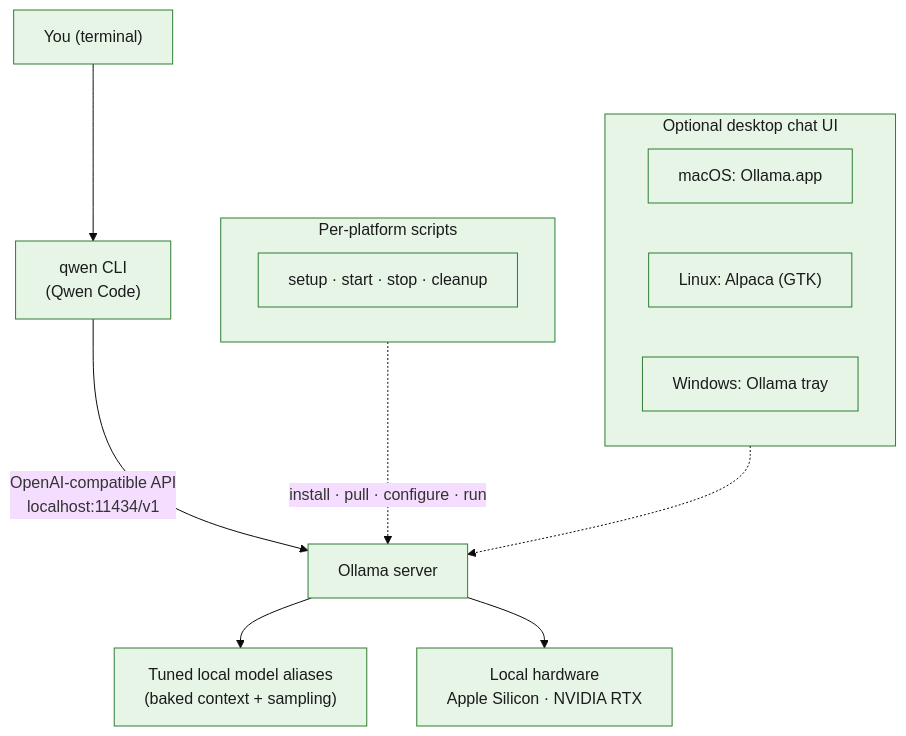
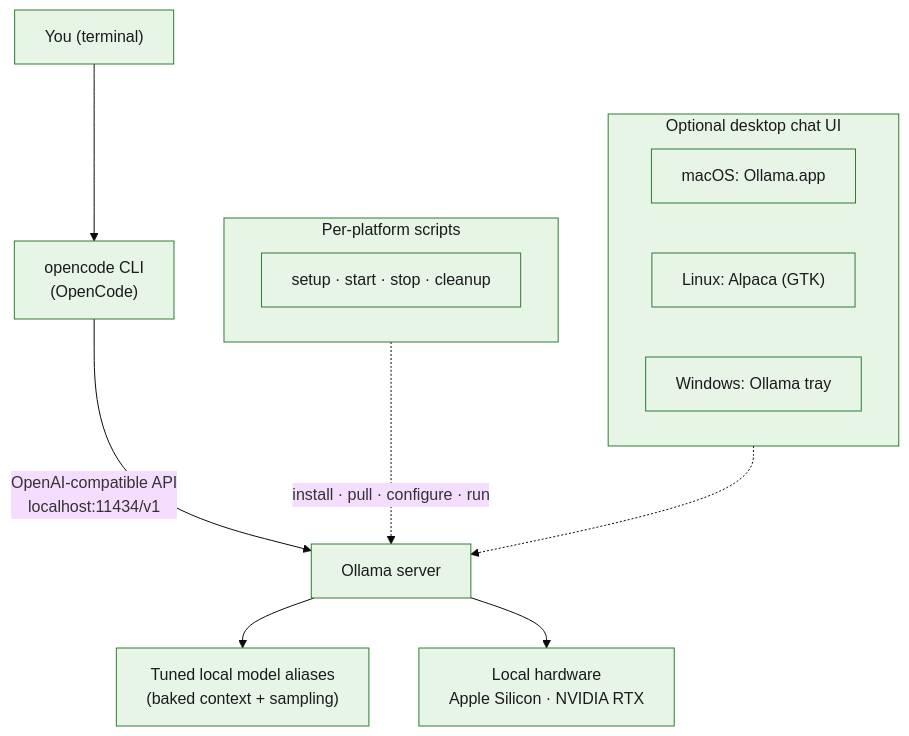
The diagram in README.md (haisher/local-coding-agent), drawn with Mermaid (base theme) before and after one commit. The commit also changed other lines of this file and 12 other files, not shown here.

First line of the commit message:
Migrate from Qwen Code to OpenCode across all platforms

````diff
--- a/README.md
+++ b/README.md
@@ -21,22 +21,22 @@
 ```mermaid
 flowchart TB
-    you["You (terminal)"] --> qwen["qwen CLI<br/>(Qwen Code)"]
-    qwen -->|"OpenAI-compatible API<br/>localhost:11434/v1"| ollama["Ollama server"]
+    you["You (terminal)"] --> opencode["opencode CLI<br/>(OpenCode)"]
+    opencode -->|"OpenAI-compatible API<br/>localhost:11434/v1"| ollama["Ollama server"]
     ollama --> models["Tuned local model aliases<br/>(baked context + sampling)"]
     ollama --> hw["Local hardware<br/>Apple Silicon · NVIDIA RTX"]
 
     subgraph scripts["Per-platform scripts"]
         setup["setup · start · stop · cleanup"]
     end
     scripts -.->|install · pull · configure · run| ollama
 
     subgraph ui["Optional desktop chat UI"]
         macui["macOS: Ollama.app"]
         linuxui["Linux: Alpaca (GTK)"]
         winui["Windows: Ollama tray"]
     end
     ui -.-> ollama
 
     classDef local fill:#e7f5e7,stroke:#2e7d32,color:#1b1b1b;
-    class you,qwen,ollama,models,hw,scripts,ui,setup,macui,linuxui,winui local;
+    class you,opencode,ollama,models,hw,scripts,ui,setup,macui,linuxui,winui local;
 ```
````
